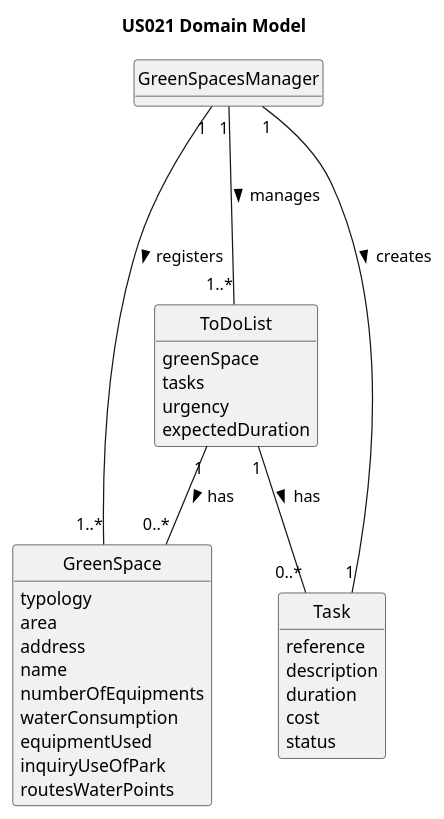
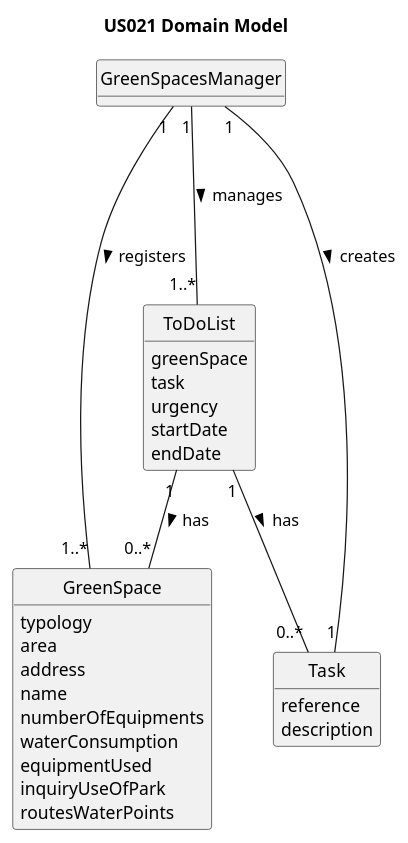
One commit to LopemigueISEP/lei-24-s2-1nb-g312 changed the diagram in docs/sprintC/US021/02.analysis/puml/us021-domain-model.puml. Above: the diagram before and after it, drawn with PlantUML. The commit also changed 5 other files, not shown here.

Commit message:
#1 ClassDiagram

```diff
--- a/docs/sprintC/US021/02.analysis/puml/us021-domain-model.puml
+++ b/docs/sprintC/US021/02.analysis/puml/us021-domain-model.puml
@@ -1,51 +1,49 @@
 @startuml
 skinparam monochrome true
 skinparam packageStyle rectangle
 skinparam shadowing false
 'skinparam linetype ortho
 'left to right direction
 skinparam classAttributeIconSize 0
 hide circle
 hide methods
 
 title US021 Domain Model
 
 class GreenSpacesManager{
 
 }
 
 class GreenSpace {
     typology
     area
     address
     name
     numberOfEquipments
     waterConsumption
     equipmentUsed
     inquiryUseOfPark
     routesWaterPoints
 }
 
 class ToDoList{
     greenSpace
-    tasks
+    task
     urgency
-    expectedDuration
+    startDate
+    endDate
 }
 
 class Task {
     reference
     description
-    duration
-    cost
-    status
 }
 
 GreenSpacesManager "1" --- "1..*" ToDoList : manages >
 GreenSpacesManager "1" --- "1" Task : creates >
 GreenSpacesManager "1" -- "1..*" GreenSpace : registers >
 
 ToDoList "1" -- "0..*" Task : has >
 ToDoList "1" -- "0..*" GreenSpace : has >
 
 @enduml
```
